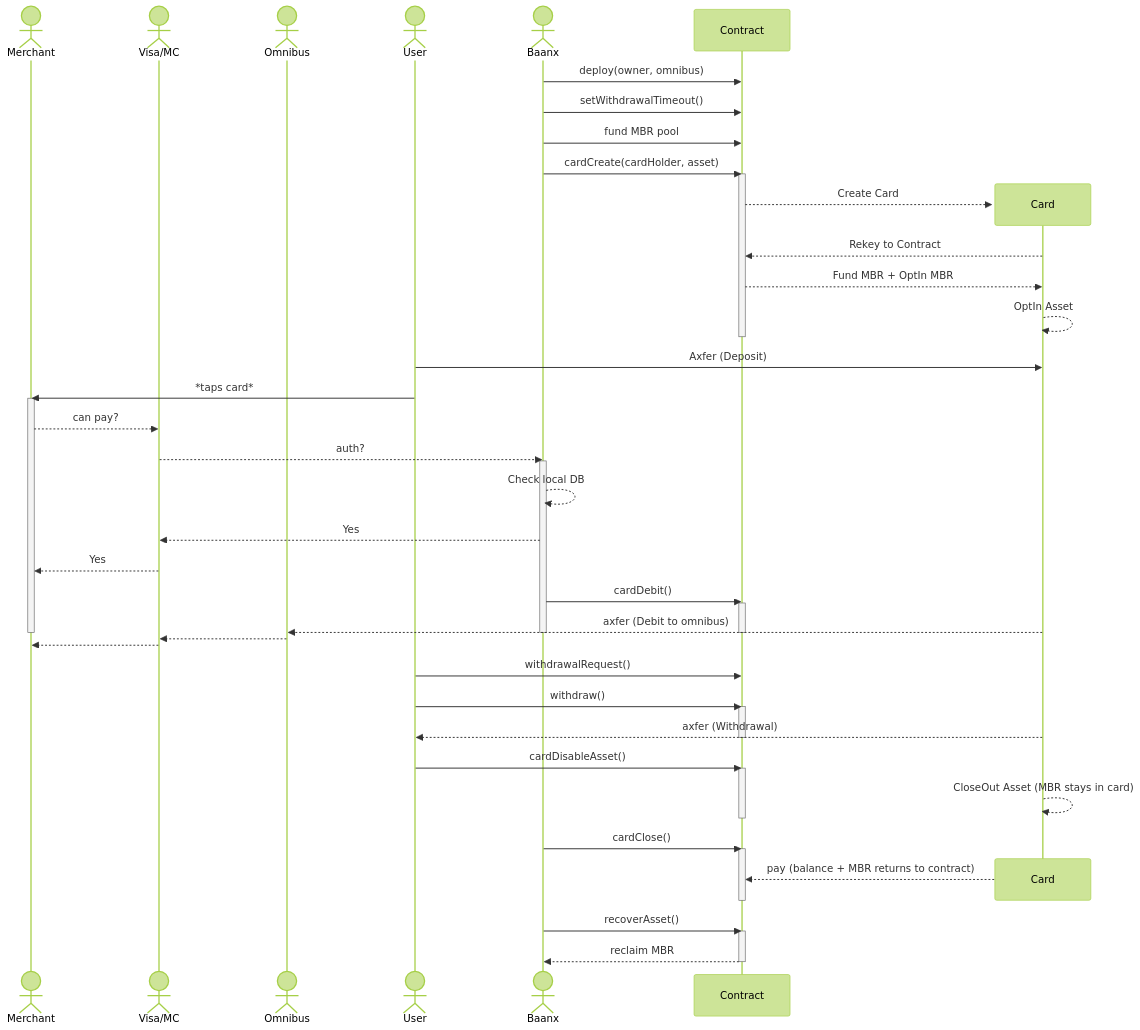
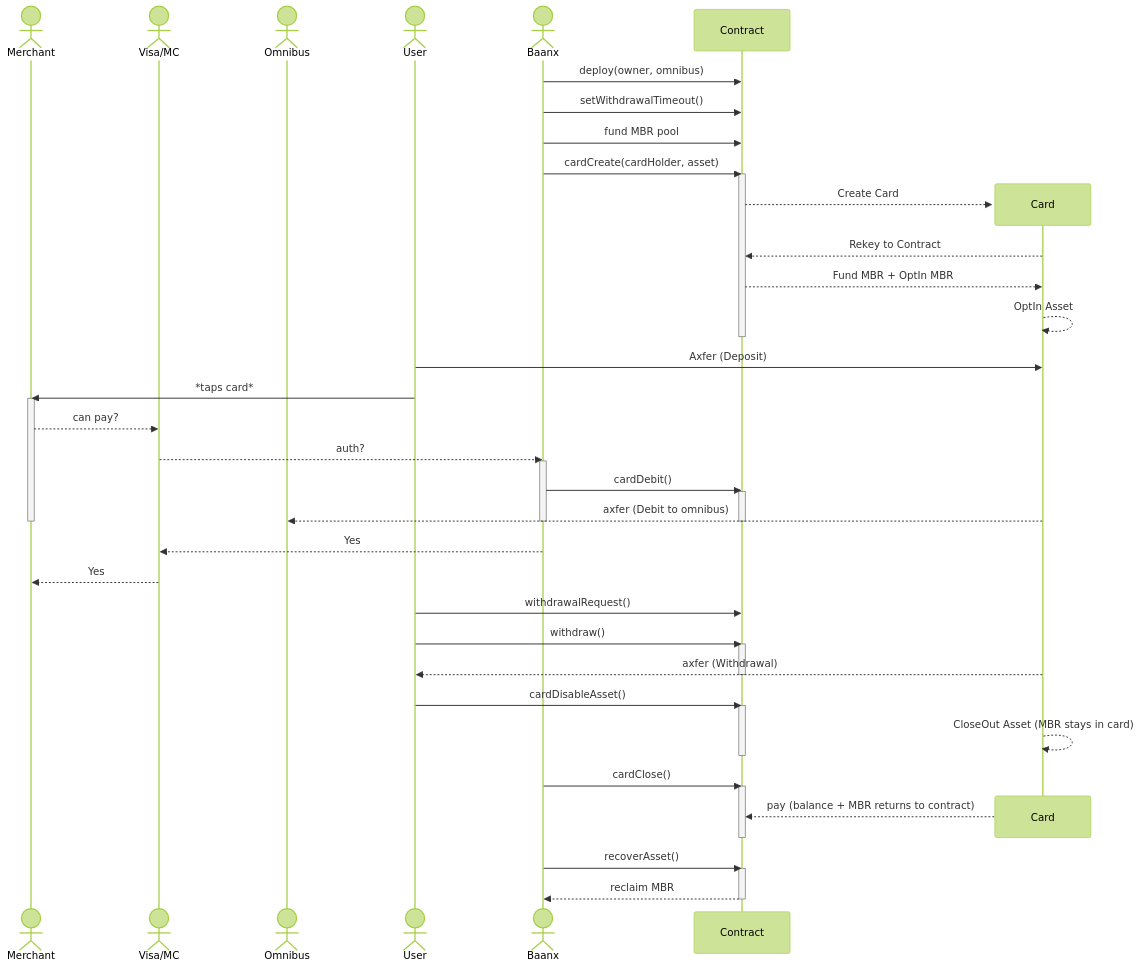
The second of 2 diagrams in README.md (funk-af/baanx-contracts), drawn with Mermaid (forest theme) before and after one commit.

````diff
--- a/README.md
+++ b/README.md
@@ -211,54 +211,51 @@
 ```mermaid
 sequenceDiagram
     actor Merchant
     actor Visa/MC
     actor Omnibus
     actor User
     actor Baanx
     Baanx->>Contract: deploy(owner, omnibus)
     Baanx->>Contract: setWithdrawalTimeout()
     Baanx->>Contract: fund MBR pool
     Baanx->>Contract: cardCreate(cardHolder, asset)
     activate Contract
     create participant Card
     Contract-->>Card: Create Card
     Card-->>Contract: Rekey to Contract
     Contract-->>Card: Fund MBR + OptIn MBR
     Card-->>Card: OptIn Asset
     deactivate Contract
     User->>Card: Axfer (Deposit)
     User->>Merchant: *taps card*
     activate Merchant
     Merchant-->>Visa/MC: can pay?
     Visa/MC-->>Baanx: auth?
     activate Baanx
-    Baanx-->>Baanx: Check local DB
-    Baanx-->>Visa/MC: Yes
-    Visa/MC-->>Merchant: Yes
     Baanx->>Contract: cardDebit()
     activate Contract
     Card-->>Omnibus: axfer (Debit to omnibus)
     deactivate Baanx
     deactivate Merchant
     deactivate Contract
-    Omnibus-->>Visa/MC:
-    Visa/MC-->>Merchant:
+    Baanx-->>Visa/MC: Yes
+    Visa/MC-->>Merchant: Yes
     User->>Contract: withdrawalRequest()
     User->>Contract: withdraw()
     activate Contract
     Card-->>User: axfer (Withdrawal)
     deactivate Contract
     User->>Contract: cardDisableAsset()
     activate Contract
     Card-->>Card: CloseOut Asset (MBR stays in card)
     deactivate Contract
     Baanx->>Contract: cardClose()
     activate Contract
     destroy Card
     Card-->>Contract: pay (balance + MBR returns to contract)
     deactivate Contract
     Baanx->>Contract: recoverAsset()
     activate Contract
     Contract-->>Baanx: reclaim MBR
     deactivate Contract
 ```
````
